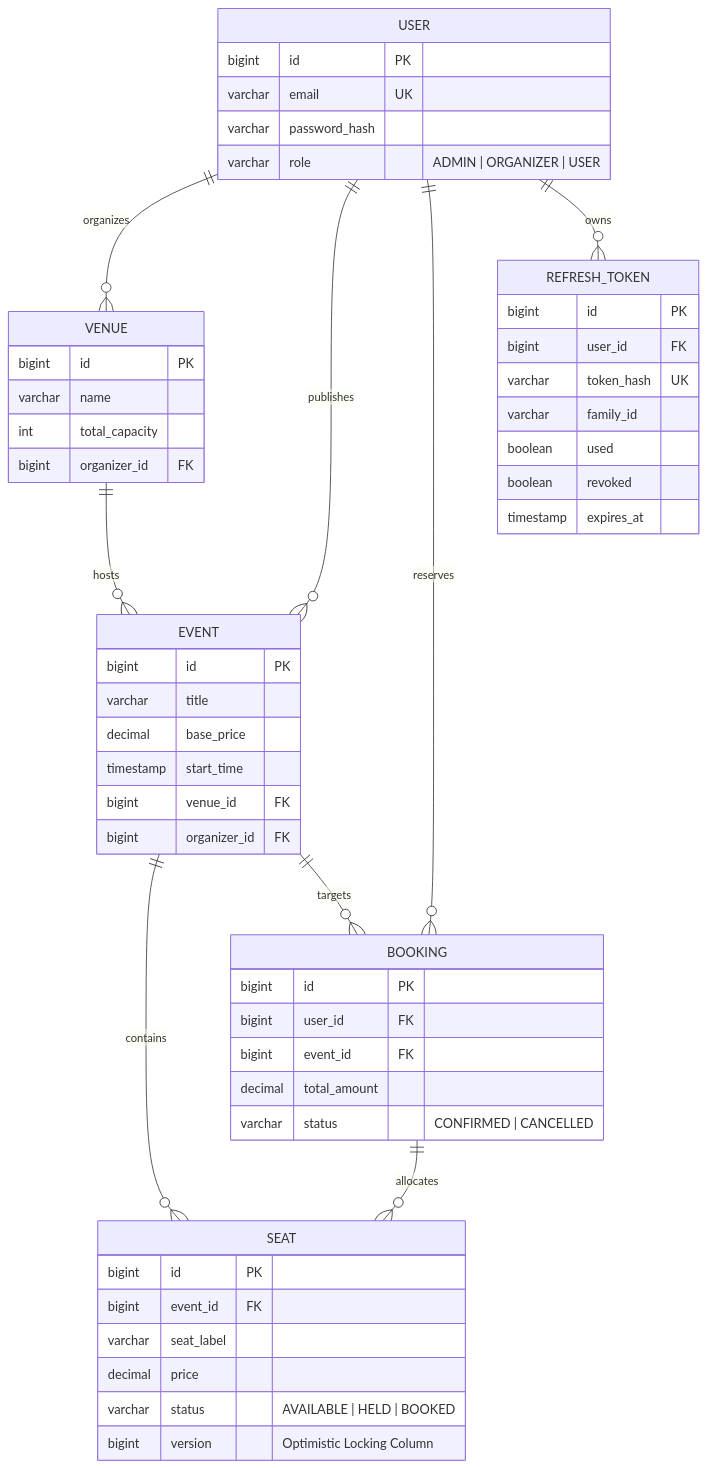
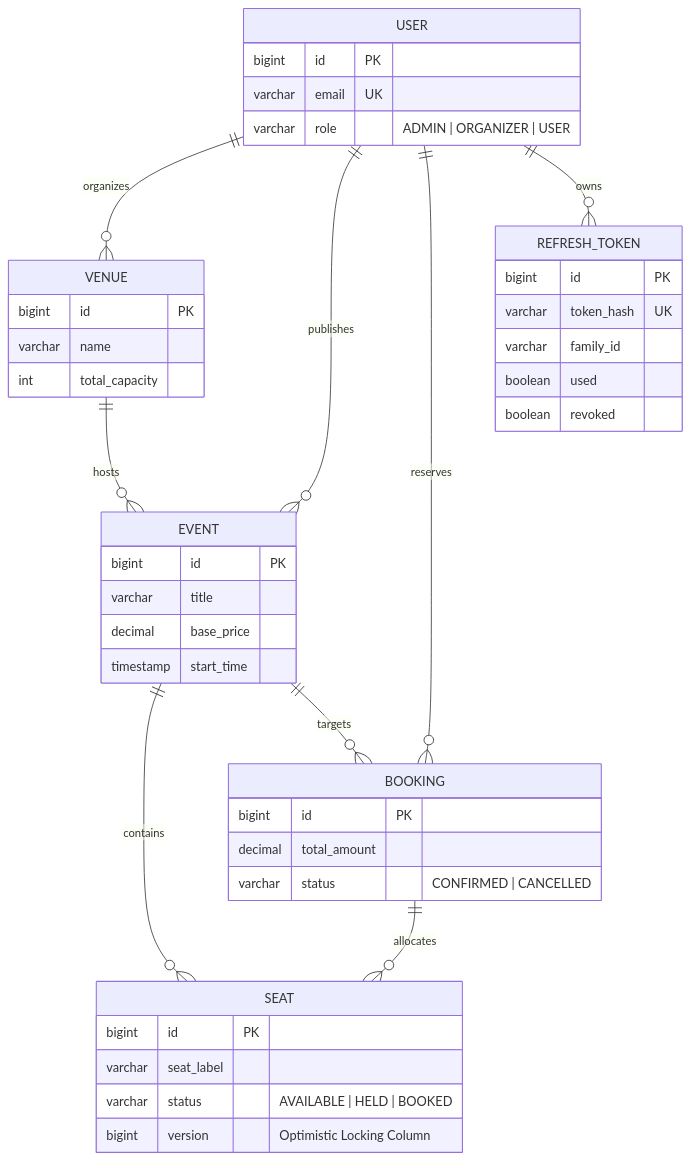
Before and after one commit to asyncsourav/quicktix: the diagram in README.md, drawn with Mermaid. The commit also changed other lines of this file and 13 other files, not shown here.

First line of the commit message:
feat: Add comprehensive architecture documentation and scripts for QuickTix

````diff
--- a/README.md
+++ b/README.md
@@ -59,61 +38,46 @@
 ```mermaid
 erDiagram
     USER ||--o{ VENUE : organizes
     USER ||--o{ EVENT : publishes
     USER ||--o{ BOOKING : reserves
     USER ||--o{ REFRESH_TOKEN : owns
     VENUE ||--o{ EVENT : hosts
     EVENT ||--o{ SEAT : contains
     EVENT ||--o{ BOOKING : targets
     BOOKING ||--o{ SEAT : allocates
 
     USER {
         bigint id PK
         varchar email UK
-        varchar password_hash
         varchar role "ADMIN | ORGANIZER | USER"
     }
-
     VENUE {
         bigint id PK
         varchar name
         int total_capacity
-        bigint organizer_id FK
     }
-
     EVENT {
         bigint id PK
         varchar title
         decimal base_price
         timestamp start_time
-        bigint venue_id FK
-        bigint organizer_id FK
     }
-
     SEAT {
         bigint id PK
-        bigint event_id FK
         varchar seat_label
-        decimal price
         varchar status "AVAILABLE | HELD | BOOKED"
         bigint version "Optimistic Locking Column"
     }
-
     BOOKING {
         bigint id PK
-        bigint user_id FK
-        bigint event_id FK
         decimal total_amount
         varchar status "CONFIRMED | CANCELLED"
     }
-
     REFRESH_TOKEN {
         bigint id PK
-        bigint user_id FK
         varchar token_hash UK
         varchar family_id
         boolean used
         boolean revoked
-        timestamp expires_at
     }
 ```
````
